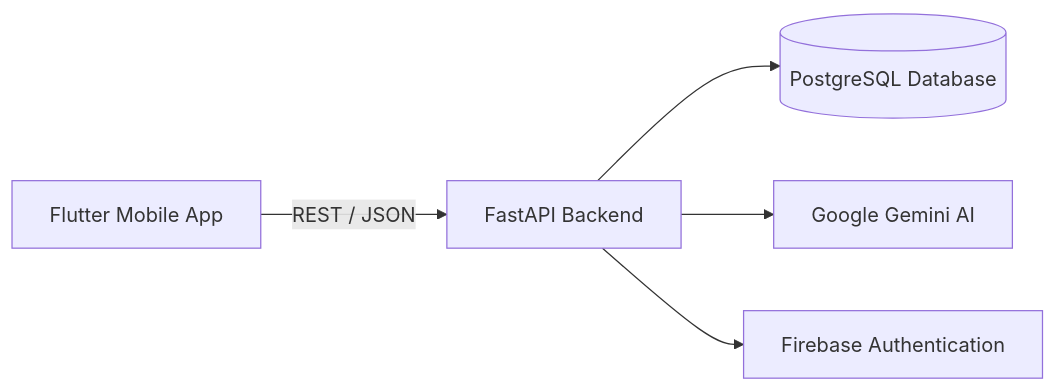
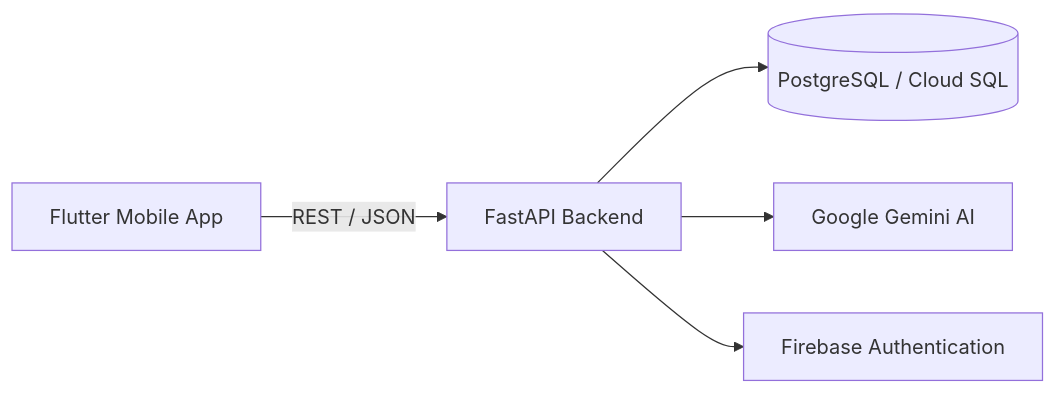
One commit to yusuftsnck/Eaty changed the diagram in README.md. Above: the diagram before and after it, drawn with Mermaid. The commit also changed other lines of this file, not shown here.

````diff
--- a/README.md
+++ b/README.md
@@ -90,7 +59,7 @@
 ```mermaid
 graph LR
     A[Flutter Mobile App] -->|REST / JSON| B[FastAPI Backend]
-    B --> C[(PostgreSQL Database)]
+    B --> C[(PostgreSQL / Cloud SQL)]
     B --> D[Google Gemini AI]
     B --> E[Firebase Authentication]
 ```
````
